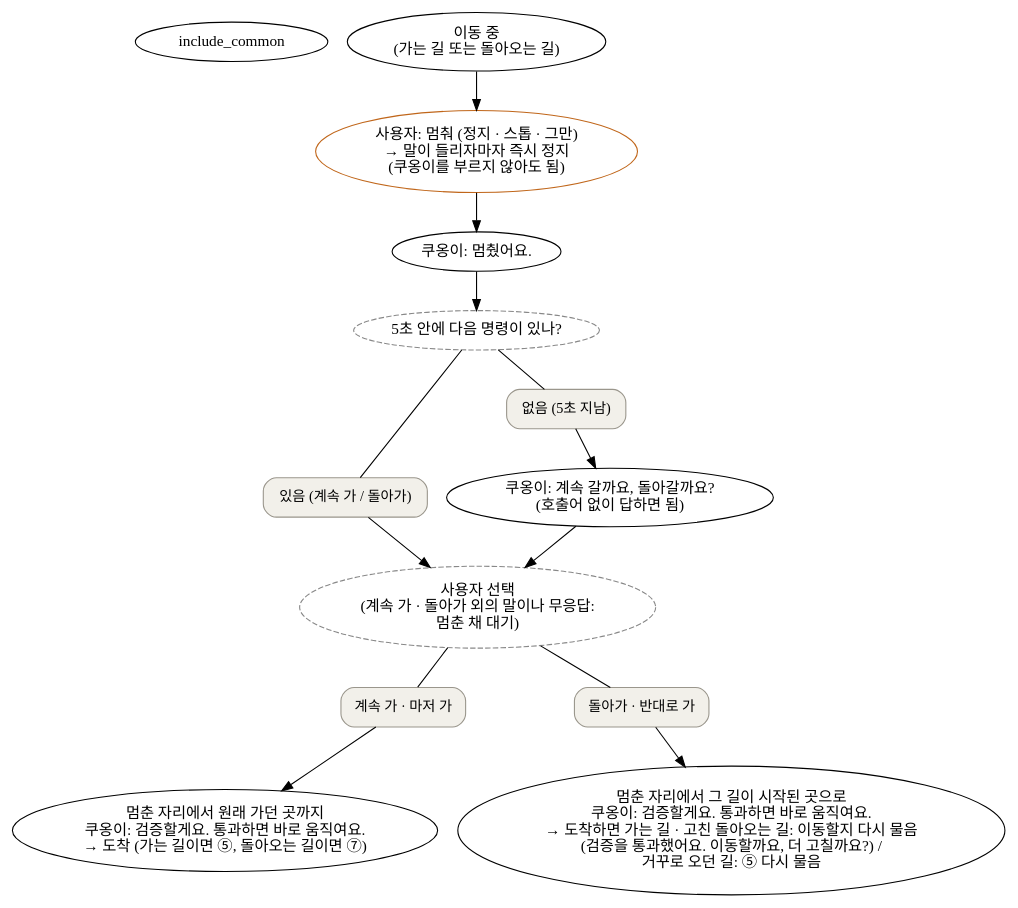
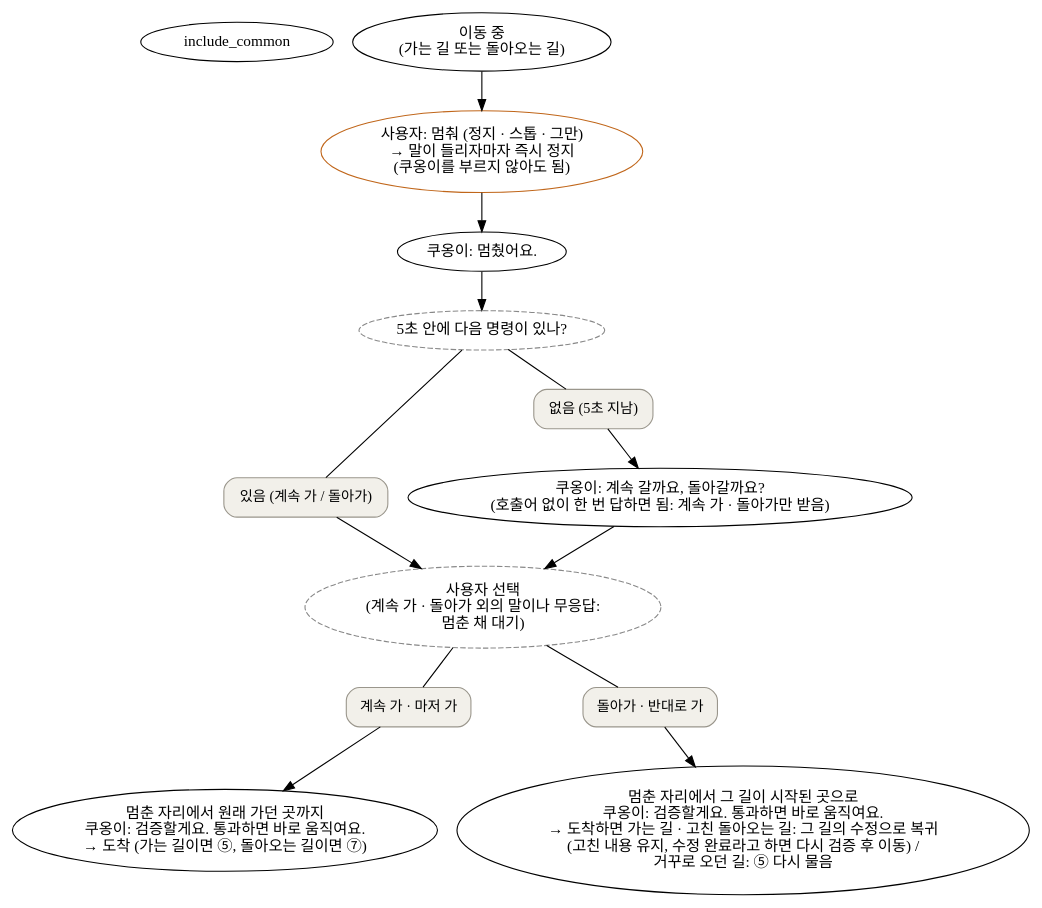
One commit to jaemin0319/ChatKHU changed the diagram in docs/flow/flow3_stop.dot. Above: the diagram before and after it, drawn with Graphviz. The commit also changed 13 other files, not shown here.

First line of the commit message:
Docs: setup / calibration / run / field tests for ~/pinch_khu_ws, new flow diagrams

```diff
--- a/docs/flow/flow3_stop.dot
+++ b/docs/flow/flow3_stop.dot
@@ -1,21 +1,21 @@
 digraph G {
   include_common
   moving [label="이동 중\n(가는 길 또는 돌아오는 길)"];
   stop [label="사용자: 멈춰 (정지 · 스톱 · 그만)\n→ 말이 들리자마자 즉시 정지\n(쿠옹이를 부르지 않아도 됨)", fillcolor="#FDF0E6", color="#C0661A"];
   said [label="쿠옹이: 멈췄어요."];
   wait5 [label="5초 안에 다음 명령이 있나?", style="rounded,dashed", fillcolor="white", color="#888888"];
-  ask [label="쿠옹이: 계속 갈까요, 돌아갈까요?\n(호출어 없이 답하면 됨)"];
+  ask [label="쿠옹이: 계속 갈까요, 돌아갈까요?\n(호출어 없이 한 번 답하면 됨: 계속 가 · 돌아가만 받음)"];
   choose [label="사용자 선택\n(계속 가 · 돌아가 외의 말이나 무응답:\n멈춘 채 대기)", style="rounded,dashed", fillcolor="white", color="#888888"];
   fwd [label="멈춘 자리에서 원래 가던 곳까지\n쿠옹이: 검증할게요. 통과하면 바로 움직여요.\n→ 도착 (가는 길이면 ⑤, 돌아오는 길이면 ⑦)"];
-  back [label="멈춘 자리에서 그 길이 시작된 곳으로\n쿠옹이: 검증할게요. 통과하면 바로 움직여요.\n→ 도착하면 가는 길 · 고친 돌아오는 길: 이동할지 다시 물음\n(검증을 통과했어요. 이동할까요, 더 고칠까요?) /\n거꾸로 오던 길: ⑤ 다시 물음"];
+  back [label="멈춘 자리에서 그 길이 시작된 곳으로\n쿠옹이: 검증할게요. 통과하면 바로 움직여요.\n→ 도착하면 가는 길 · 고친 돌아오는 길: 그 길의 수정으로 복귀\n(고친 내용 유지, 수정 완료라고 하면 다시 검증 후 이동) /\n거꾸로 오던 길: ⑤ 다시 물음"];
 
   node [shape=box, style="rounded,filled", fillcolor="#F2F0EA", color="#9A968C", fontsize=13, margin="0.15,0.06", penwidth=1];
   p_yes [label="있음 (계속 가 / 돌아가)"]; p_no [label="없음 (5초 지남)"];
   p_f [label="계속 가 · 마저 가"]; p_b [label="돌아가 · 반대로 가"];
 
   moving -> stop -> said -> wait5;
   wait5 -> p_yes [arrowhead=none]; p_yes -> choose;
   wait5 -> p_no [arrowhead=none]; p_no -> ask -> choose;
   choose -> p_f [arrowhead=none]; p_f -> fwd;
   choose -> p_b [arrowhead=none]; p_b -> back;
 }
```
